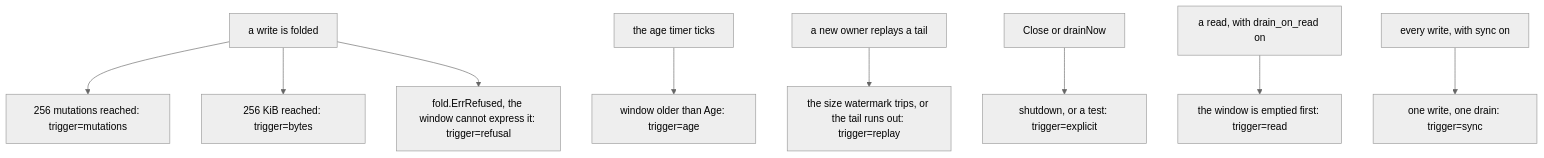
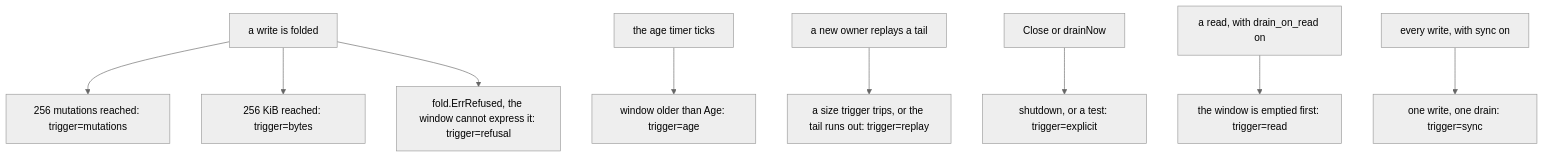
Before and after one commit to aromanovich/waltz: the fourth of 10 diagrams in docs/handbook/05-write-path.md, drawn with Mermaid (neutral theme). The commit also changed other lines of this file and 10 other files, not shown here.

````diff
--- a/docs/handbook/05-write-path.md
+++ b/docs/handbook/05-write-path.md
@@ -258,11 +258,11 @@
 ```mermaid
 flowchart TD
   W["a write is folded"] --> M["256 mutations reached: trigger=mutations"]
   W --> B["256 KiB reached: trigger=bytes"]
   W --> RF["fold.ErrRefused, the window cannot express it: trigger=refusal"]
   T["the age timer ticks"] --> A["window older than Age: trigger=age"]
-  RP["a new owner replays a tail"] --> R["the size watermark trips, or the tail runs out: trigger=replay"]
+  RP["a new owner replays a tail"] --> R["a size trigger trips, or the tail runs out: trigger=replay"]
   X["Close or drainNow"] --> E["shutdown, or a test: trigger=explicit"]
   RD["a read, with drain_on_read on"] --> D["the window is emptied first: trigger=read"]
   S["every write, with sync on"] --> Y["one write, one drain: trigger=sync"]
 ```
````
